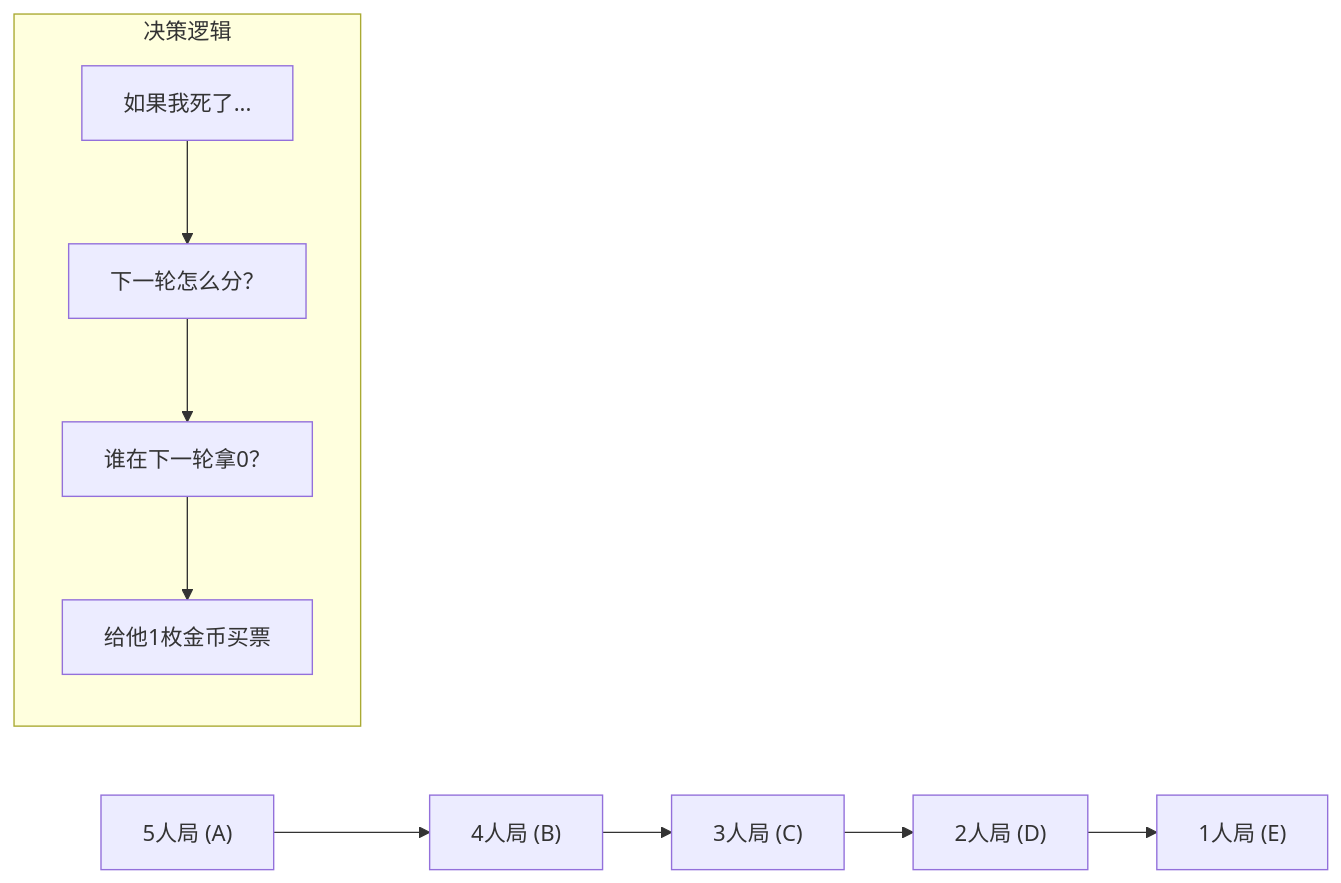
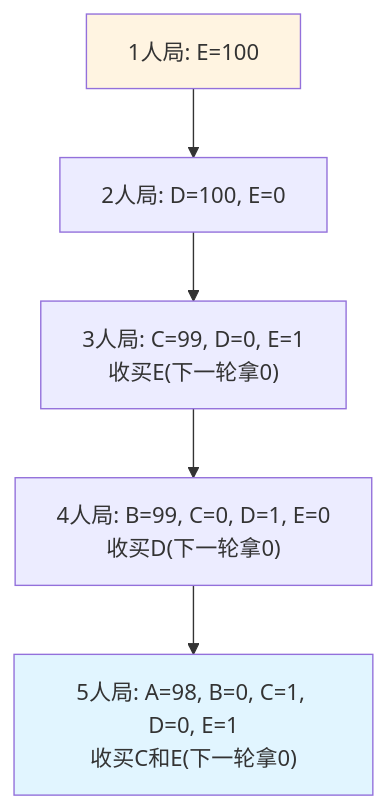
The first of 2 diagrams in my-notes/01-基础巩固/12-暴力递归到动态规划1-递归尝试/22-课后小练2-海盗分金问题.md (freeedoooooo/algs), drawn with Mermaid before and after one commit. The commit also changed other lines of this file, not shown here.

````diff
--- a/my-notes/01-基础巩固/12-暴力递归到动态规划1-递归尝试/22-课后小练2-海盗分金问题.md
+++ b/my-notes/01-基础巩固/12-暴力递归到动态规划1-递归尝试/22-课后小练2-海盗分金问题.md
@@ -55,14 +55,10 @@
 ```mermaid
-graph LR
-    Start["5人局 (A)"] --> Step1["4人局 (B)"]
-    Step1 --> Step2["3人局 (C)"]
-    Step2 --> Step3["2人局 (D)"]
-    Step3 --> End["1人局 (E)"]
+graph TB
+    E["1人局: E=100"] --> D["2人局: D=100, E=0"]
+    D --> C["3人局: C=99, D=0, E=1<br/>收买E(下一轮拿0)"]
+    C --> B["4人局: B=99, C=0, D=1, E=0<br/>收买D(下一轮拿0)"]
+    B --> A["5人局: A=98, B=0, C=1, D=0, E=1<br/>收买C和E(下一轮拿0)"]
     
-    subgraph 决策逻辑
-    direction TB
-    L1["如果我死了..."] --> L2["下一轮怎么分？"]
-    L2 --> L3["谁在下一轮拿0？"]
-    L3 --> L4["给他1枚金币买票"]
-    end
+    style A fill:#e1f5ff
+    style E fill:#fff4e1
 ```
````
